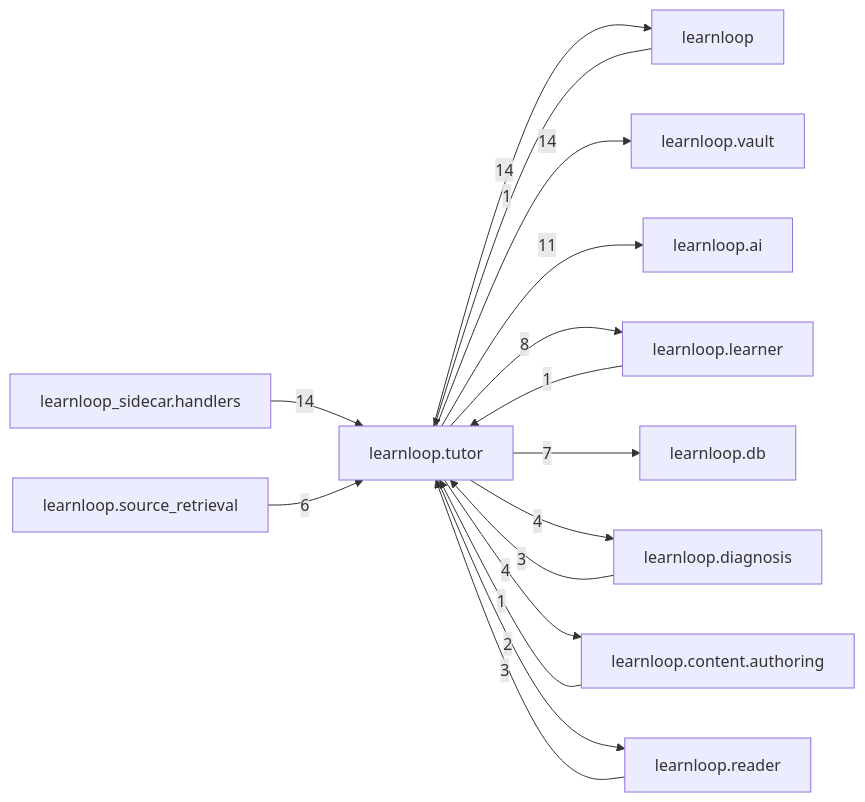
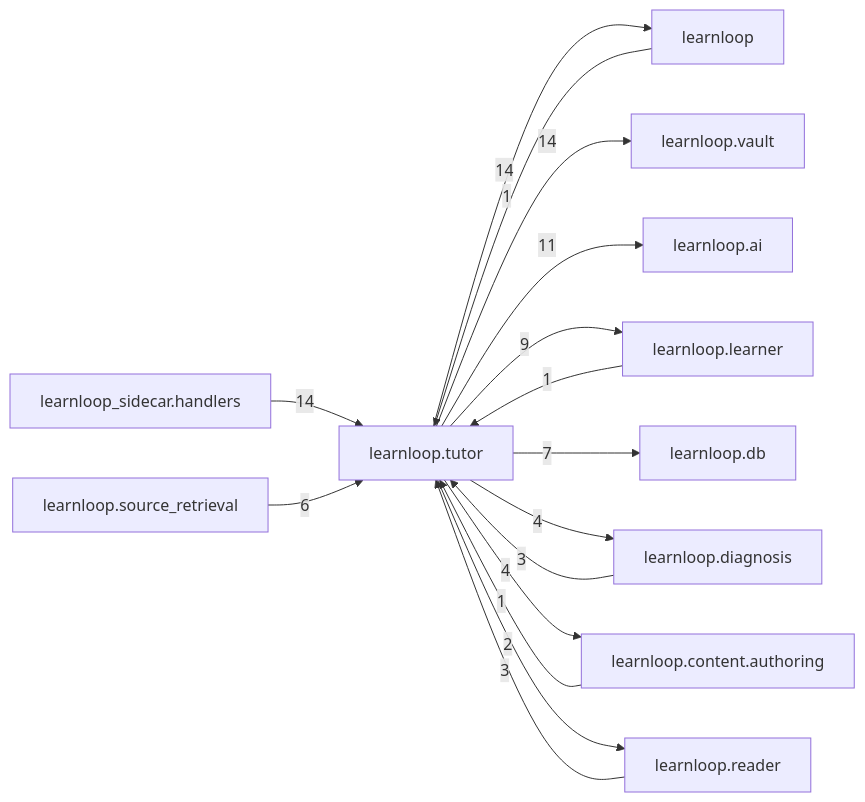
Before and after one commit to 6up-b/learnanything: the diagram in docs/learnloop-architecture-vault/Reference/Modules/learnloop/tutor/_package.md, drawn with Mermaid. The commit also changed other lines of this file and 51 other files, not shown here.

````diff
--- a/docs/learnloop-architecture-vault/Reference/Modules/learnloop/tutor/_package.md
+++ b/docs/learnloop-architecture-vault/Reference/Modules/learnloop/tutor/_package.md
@@ -116,29 +116,29 @@
 ```mermaid
 flowchart LR
     center["learnloop.tutor"]
     n_learnloop["learnloop"]
     n_learnloop_vault["learnloop.vault"]
     n_learnloop_sidecar_handlers["learnloop_sidecar.handlers"]
     n_learnloop_ai["learnloop.ai"]
     n_learnloop_learner["learnloop.learner"]
     n_learnloop_db["learnloop.db"]
     n_learnloop_diagnosis["learnloop.diagnosis"]
     n_learnloop_source_retrieval["learnloop.source_retrieval"]
     n_learnloop_content_authoring["learnloop.content.authoring"]
     n_learnloop_reader["learnloop.reader"]
     n_learnloop -->|1| center
     center -->|14| n_learnloop
     center -->|14| n_learnloop_vault
     n_learnloop_sidecar_handlers -->|14| center
     center -->|11| n_learnloop_ai
     n_learnloop_learner -->|1| center
-    center -->|8| n_learnloop_learner
+    center -->|9| n_learnloop_learner
     center -->|7| n_learnloop_db
     n_learnloop_diagnosis -->|3| center
     center -->|4| n_learnloop_diagnosis
     n_learnloop_source_retrieval -->|6| center
     n_learnloop_content_authoring -->|1| center
     center -->|4| n_learnloop_content_authoring
     n_learnloop_reader -->|3| center
     center -->|2| n_learnloop_reader
 ```
````
